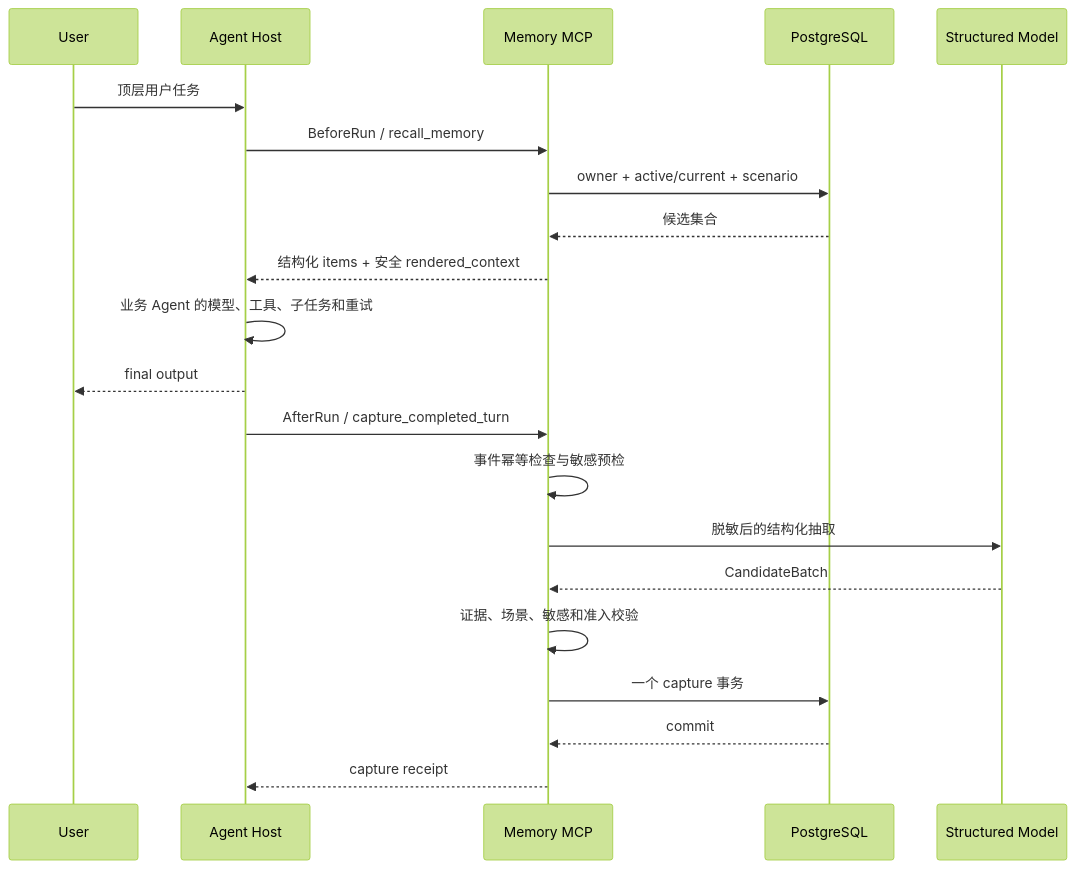
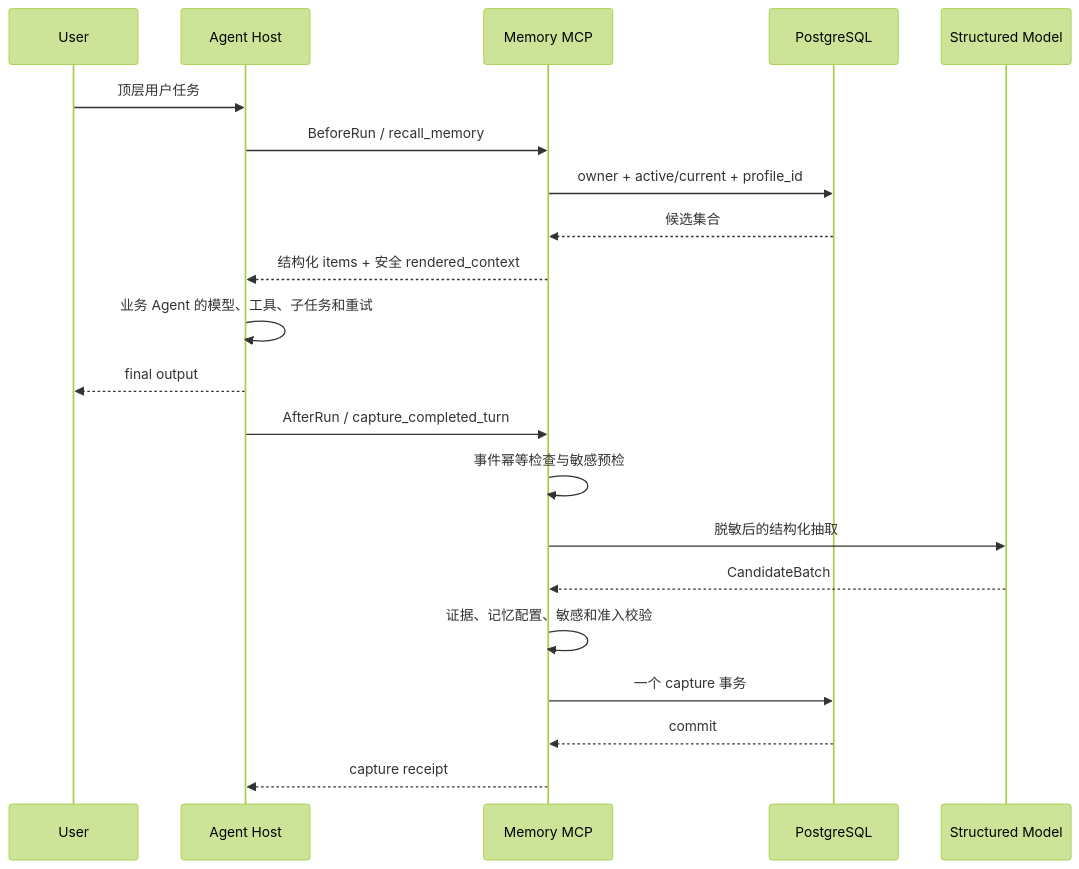
One commit to dxiaosen/memory-mcp changed the diagram in docs/design.md. Above: the diagram before and after it, drawn with Mermaid (forest theme). The commit also changed other lines of this file and 169 other files, not shown here.

````diff
--- a/docs/design.md
+++ b/docs/design.md
@@ -132,24 +132,24 @@
 ```mermaid
 sequenceDiagram
     participant U as User
     participant H as Agent Host
     participant M as Memory MCP
     participant D as PostgreSQL
     participant L as Structured Model
 
     U->>H: 顶层用户任务
     H->>M: BeforeRun / recall_memory
-    M->>D: owner + active/current + scenario
+    M->>D: owner + active/current + profile_id
     D-->>M: 候选集合
     M-->>H: 结构化 items + 安全 rendered_context
     H->>H: 业务 Agent 的模型、工具、子任务和重试
     H-->>U: final output
     H->>M: AfterRun / capture_completed_turn
     M->>M: 事件幂等检查与敏感预检
     M->>L: 脱敏后的结构化抽取
     L-->>M: CandidateBatch
-    M->>M: 证据、场景、敏感和准入校验
+    M->>M: 证据、记忆配置、敏感和准入校验
     M->>D: 一个 capture 事务
     D-->>M: commit
     M-->>H: capture receipt
 ```
````
